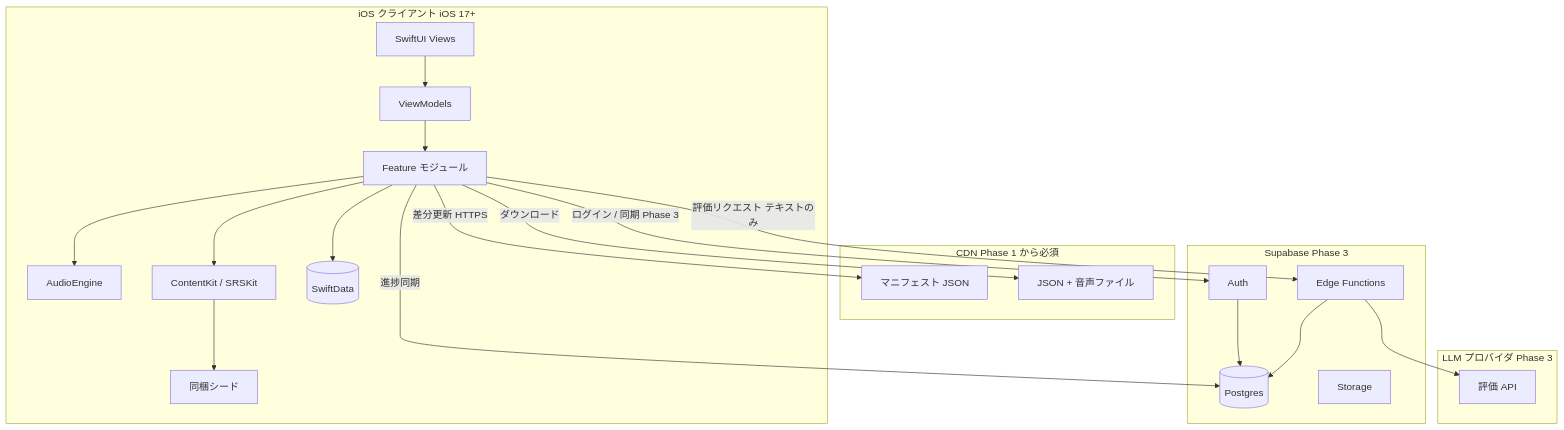
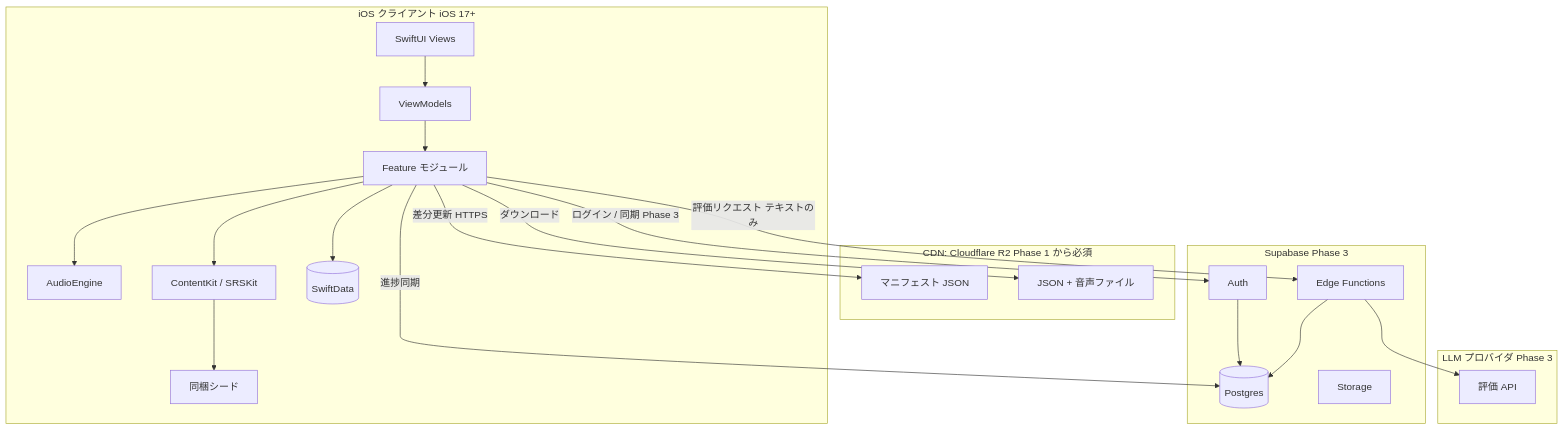
Before and after one commit to Kyogo73/SnapSpeak: the first of 8 diagrams in docs/architecture.md, drawn with Mermaid. The commit also changed other lines of this file and 2 other files, not shown here.

Commit message:
docs: CDN を Cloudflare R2 に確定、LLM は軽量モデル前提・差し替え可能な抽象を方針化

````diff
--- a/docs/architecture.md
+++ b/docs/architecture.md
@@ -23,42 +23,42 @@
 ```mermaid
 flowchart TB
   subgraph client ["iOS クライアント iOS 17+"]
     UI["SwiftUI Views"]
     VM["ViewModels"]
     Feat["Feature モジュール"]
     Eng["AudioEngine"]
     Kits["ContentKit / SRSKit"]
     SD[("SwiftData")]
     Seed["同梱シード"]
     UI --> VM --> Feat
     Feat --> Eng
     Feat --> Kits
     Feat --> SD
     Kits --> Seed
   end
 
-  subgraph cdn ["CDN Phase 1 から必須"]
+  subgraph cdn ["CDN: Cloudflare R2 Phase 1 から必須"]
     Man["マニフェスト JSON"]
     Assets["JSON + 音声ファイル"]
   end
 
   subgraph supabase ["Supabase Phase 3"]
     Auth["Auth"]
     PG[("Postgres")]
     St["Storage"]
     Edge["Edge Functions"]
   end
 
   subgraph llm ["LLM プロバイダ Phase 3"]
     Eval["評価 API"]
   end
 
   Feat -->|"差分更新 HTTPS"| Man
   Feat -->|ダウンロード| Assets
   Feat -->|"ログイン / 同期 Phase 3"| Auth
   Auth --> PG
   Feat -->|進捗同期| PG
   Feat -->|"評価リクエスト テキストのみ"| Edge
   Edge --> Eval
   Edge --> PG
 ```
````
